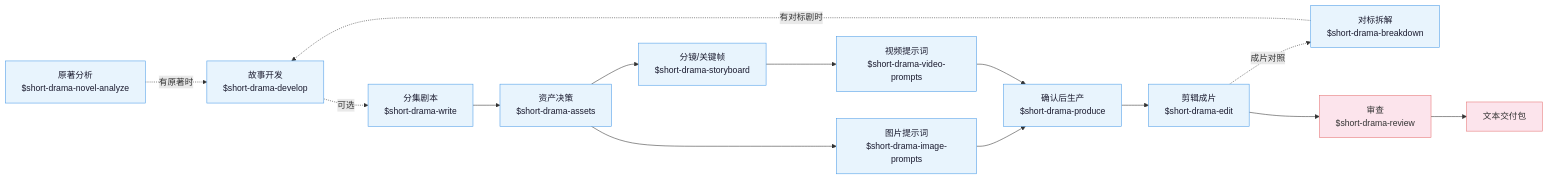
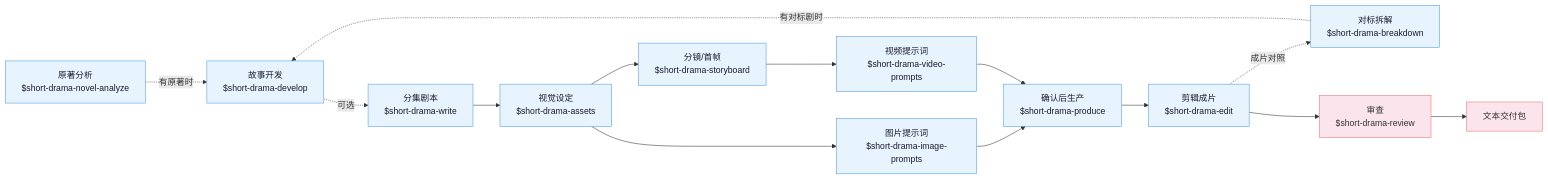
The diagram in README.md (zenstory-ai/drama-skills), drawn with Mermaid before and after one commit. The commit also changed other lines of this file and 263 other files, not shown here.

````diff
--- a/README.md
+++ b/README.md
@@ -234,28 +234,28 @@
 ```mermaid
 flowchart LR
     classDef phase fill:#e8f4fd,color:#1a1a2e,stroke:#4a9be8,stroke-width:1px
     classDef final fill:#fce4ec,color:#333,stroke:#e57373,stroke-width:1px
 
     nva["原著分析<br/>$short-drama-novel-analyze"]:::phase
     brk["对标拆解<br/>$short-drama-breakdown"]:::phase
     dev["故事开发<br/>$short-drama-develop"]:::phase
     write["分集剧本<br/>$short-drama-write"]:::phase
-    assets["资产决策<br/>$short-drama-assets"]:::phase
+    assets["视觉设定<br/>$short-drama-assets"]:::phase
     img["图片提示词<br/>$short-drama-image-prompts"]:::phase
-    sb["分镜/关键帧<br/>$short-drama-storyboard"]:::phase
+    sb["分镜/首帧<br/>$short-drama-storyboard"]:::phase
     vid["视频提示词<br/>$short-drama-video-prompts"]:::phase
     prod["确认后生产<br/>$short-drama-produce"]:::phase
     cut["剪辑成片<br/>$short-drama-edit"]:::phase
     rev["审查<br/>$short-drama-review"]:::final
     pkg["文本交付包"]:::final
 
     nva -.有原著时.-> dev
     brk -.有对标剧时.-> dev
     cut -.成片对照.-> brk
     dev -.可选.-> write --> assets
     assets --> img
     assets --> sb --> vid
     img --> prod
     vid --> prod
     prod --> cut --> rev --> pkg
 ```
````
